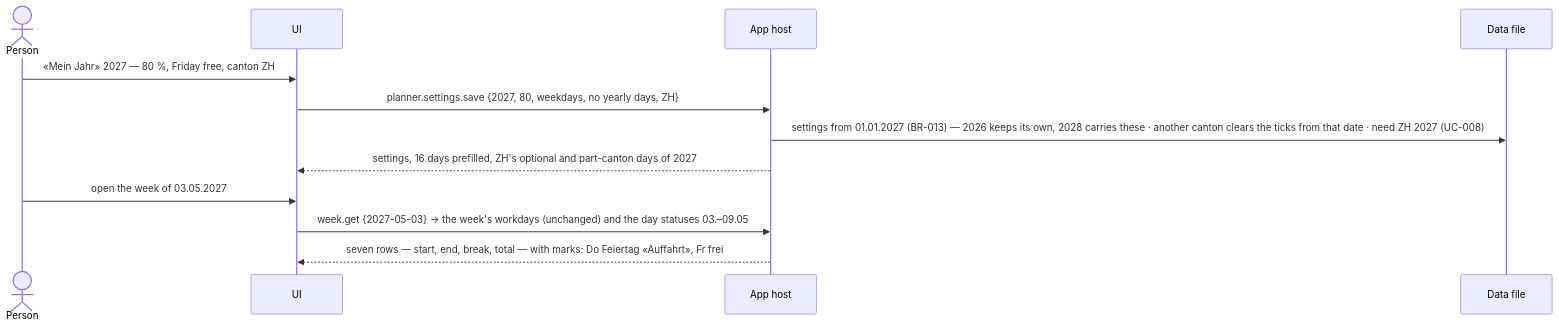
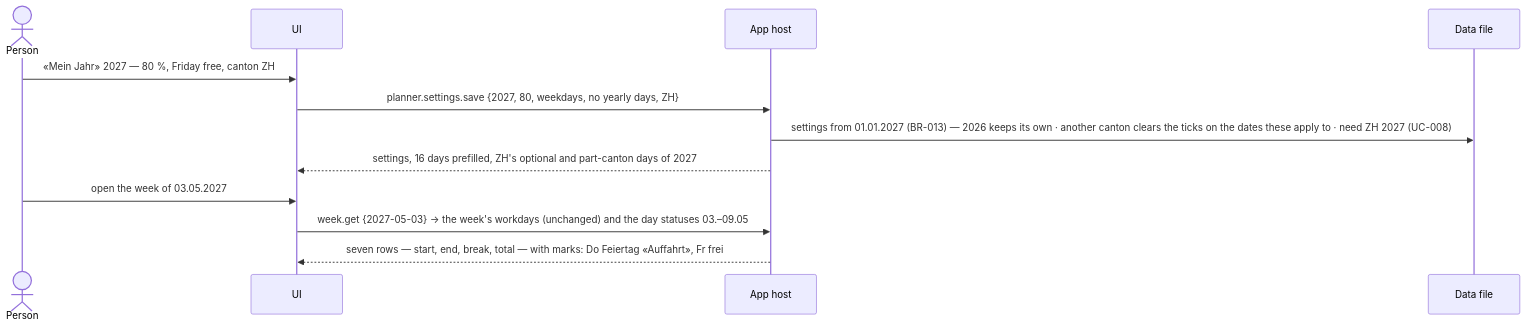
The sixth of 6 diagrams in docs/features/002-holiday-planner/concept.md (Valem/work-time-tracker), drawn with Mermaid before and after one commit. The commit also changed other lines of this file and 4 other files, not shown here.

````diff
--- a/docs/features/002-holiday-planner/concept.md
+++ b/docs/features/002-holiday-planner/concept.md
@@ -227,14 +218,14 @@
 ```mermaid
 sequenceDiagram
   actor P as Person
   participant U as UI
   participant H as App host
   participant D as Data file
   P->>U: «Mein Jahr» 2027 — 80 %, Friday free, canton ZH
   U->>H: planner.settings.save {2027, 80, weekdays, no yearly days, ZH}
-  H->>D: settings from 01.01.2027 (BR-013) — 2026 keeps its own, 2028 carries these · another canton clears the ticks from that date · need ZH 2027 (UC-008)
+  H->>D: settings from 01.01.2027 (BR-013) — 2026 keeps its own · another canton clears the ticks on the dates these apply to · need ZH 2027 (UC-008)
   H-->>U: settings, 16 days prefilled, ZH's optional and part-canton days of 2027
   P->>U: open the week of 03.05.2027
   U->>H: week.get {2027-05-03} → the week's workdays (unchanged) and the day statuses 03.–09.05
   H-->>U: seven rows — start, end, break, total — with marks: Do Feiertag «Auffahrt», Fr frei
 ```
````
